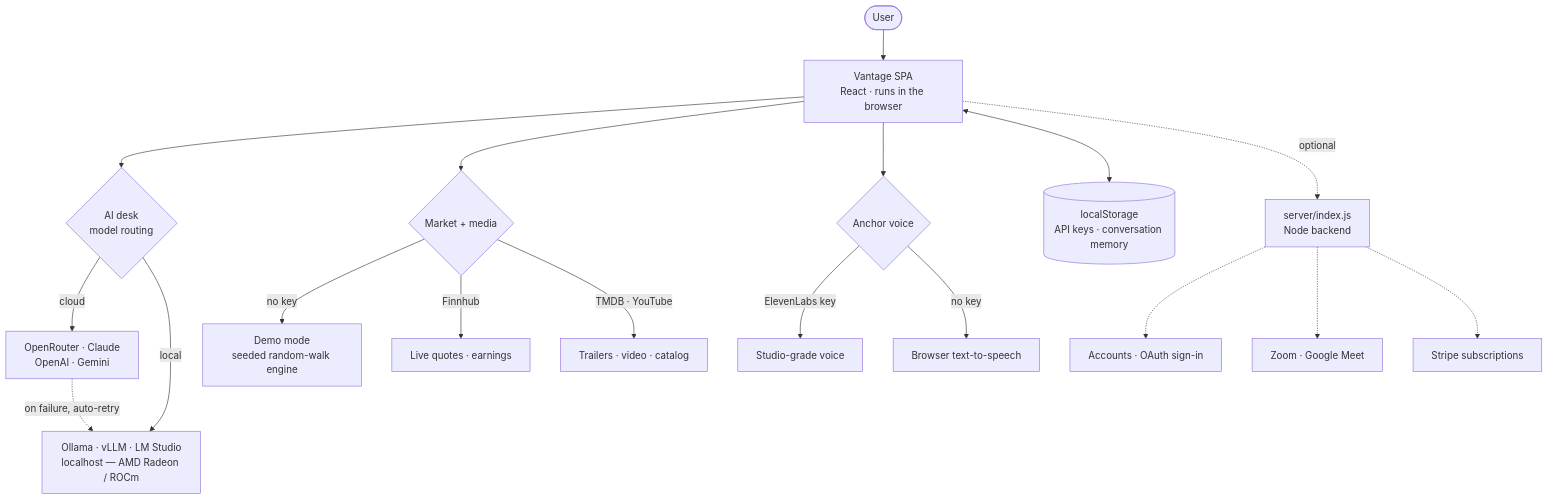
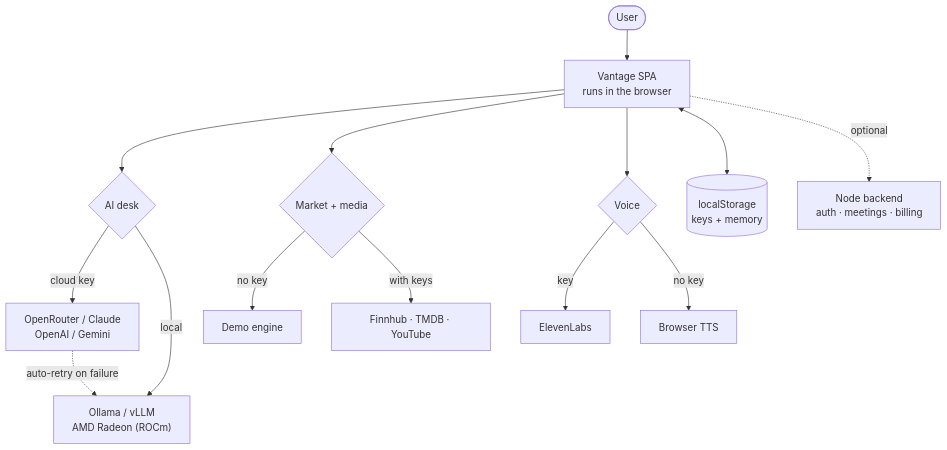
The first of 2 diagrams in README.md (ryanwien/VantageApplication), drawn with Mermaid before and after one commit.

Commit message:
Fix README 'How it works' flowchart clipping
The top architecture flowchart rendered too wide — 4 branches x 2-3 leaves
each spread horizontally until node labels clipped ('conversation memory' ->
'men', 'AMD Radeon / ROCm' -> 'R') and the right column slid under the mermaid
viewer controls. Collapse the market feeds and the three backend leaves into
single nodes and shorten every label. Verified by rendering the diagram with
mermaid locally — all labels fully visible, no clipping.

````diff
--- a/README.md
+++ b/README.md
@@ -17,25 +17,20 @@
 ```mermaid
 flowchart TD
-    U([User]) --> UI[Vantage SPA<br/>React · runs in the browser]
+    U([User]) --> UI["Vantage SPA<br/>runs in the browser"]
 
-    UI --> DESK{AI desk<br/>model routing}
-    DESK -->|cloud| CLOUD[OpenRouter · Claude<br/>OpenAI · Gemini]
-    DESK -->|local| LOCAL[Ollama · vLLM · LM Studio<br/>localhost — AMD Radeon / ROCm]
-    CLOUD -.->|on failure, auto-retry| LOCAL
+    UI --> DESK{AI desk}
+    DESK -->|cloud key| CLOUD["OpenRouter / Claude<br/>OpenAI / Gemini"]
+    DESK -->|local| LOCAL["Ollama / vLLM<br/>AMD Radeon (ROCm)"]
+    CLOUD -.->|auto-retry on failure| LOCAL
 
     UI --> DATA{Market + media}
-    DATA -->|no key| DEMO[Demo mode<br/>seeded random-walk engine]
-    DATA -->|Finnhub| FH[Live quotes · earnings]
-    DATA -->|TMDB · YouTube| MEDIA[Trailers · video · catalog]
+    DATA -->|no key| DEMO["Demo engine"]
+    DATA -->|with keys| FEEDS["Finnhub · TMDB · YouTube"]
 
-    UI --> VOICE{Anchor voice}
-    VOICE -->|ElevenLabs key| EL[Studio-grade voice]
-    VOICE -->|no key| TTS[Browser text-to-speech]
+    UI --> VOICE{Voice}
+    VOICE -->|key| EL["ElevenLabs"]
+    VOICE -->|no key| TTS["Browser TTS"]
 
-    UI <--> LS[(localStorage<br/>API keys · conversation memory)]
-
-    UI -.optional.-> BE[server/index.js<br/>Node backend]
-    BE -.-> AUTH[Accounts · OAuth sign-in]
-    BE -.-> MEET[Zoom · Google Meet]
-    BE -.-> PAY[Stripe subscriptions]
+    UI <--> LS[("localStorage<br/>keys + memory")]
+    UI -.optional.-> BE["Node backend<br/>auth · meetings · billing"]
 ```
````
